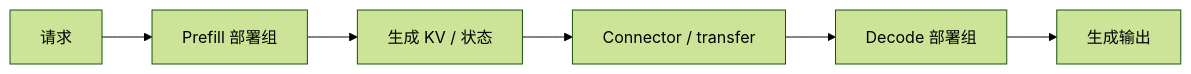
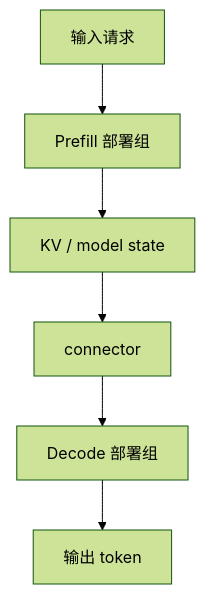
The third of 4 diagrams in docs/research/2026-07-13-parallelism-source-reading-foundations.md (KinChow/llm-memory-planner), drawn with Mermaid (forest theme) before and after one commit. The commit also changed other lines of this file, not shown here.

````diff
--- a/docs/research/2026-07-13-parallelism-source-reading-foundations.md
+++ b/docs/research/2026-07-13-parallelism-source-reading-foundations.md
@@ -739,11 +554,11 @@
 ```mermaid
-flowchart LR
-    accTitle: PD 分离请求与缓存流
-    accDescr: Prefill 部署组生成请求的 KV 状态，经 connector 发送后由 Decode 部署组接收并继续生成
+flowchart TB
+    accTitle: PD 分离的请求和状态流转
+    accDescr: Prefill 部署组建立请求状态，通过 connector 传到 Decode 部署组继续生成
 
-    request["请求"] --> prefill["Prefill 部署组"]
-    prefill --> kv["生成 KV / 状态"]
-    kv --> connector["Connector / transfer"]
-    connector --> decode["Decode 部署组"]
-    decode --> output["生成输出"]
+    input_request["输入请求"] --> prefill_group["Prefill 部署组"]
+    prefill_group --> kv_state["KV / model state"]
+    kv_state --> pd_connector["connector"]
+    pd_connector --> decode_group["Decode 部署组"]
+    decode_group --> output_tokens["输出 token"]
 ```
````
